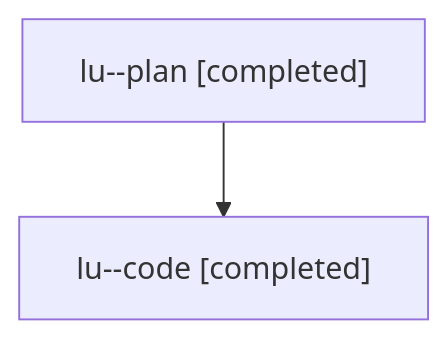
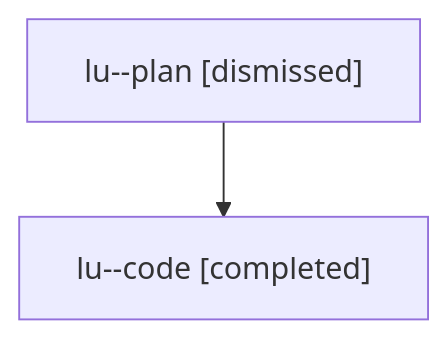
Before and after one commit to sase-org/sase--agents: the diagram in families/bbugyi200.athena.lu.md, drawn with Mermaid. The commit also changed other lines of this file and 8679 other files, not shown here.

````diff
--- a/families/bbugyi200.athena.lu.md
+++ b/families/bbugyi200.athena.lu.md
@@ -9,6 +9,6 @@
 ```mermaid
 flowchart TD
-  n0["lu--plan [completed]"]
+  n0["lu--plan [dismissed]"]
   n1["lu--code [completed]"]
   n0 --> n1
 ```
````
